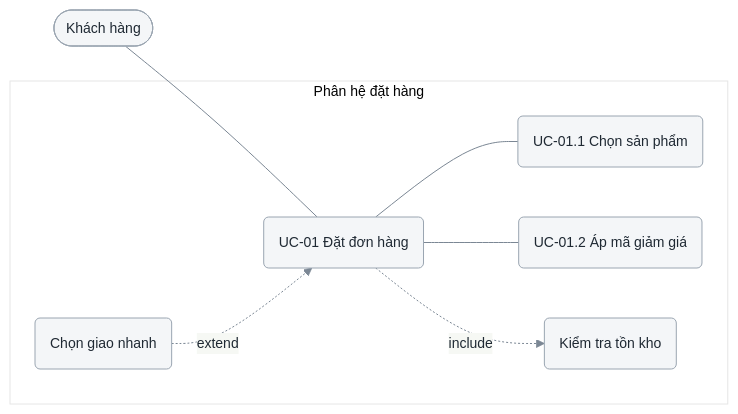
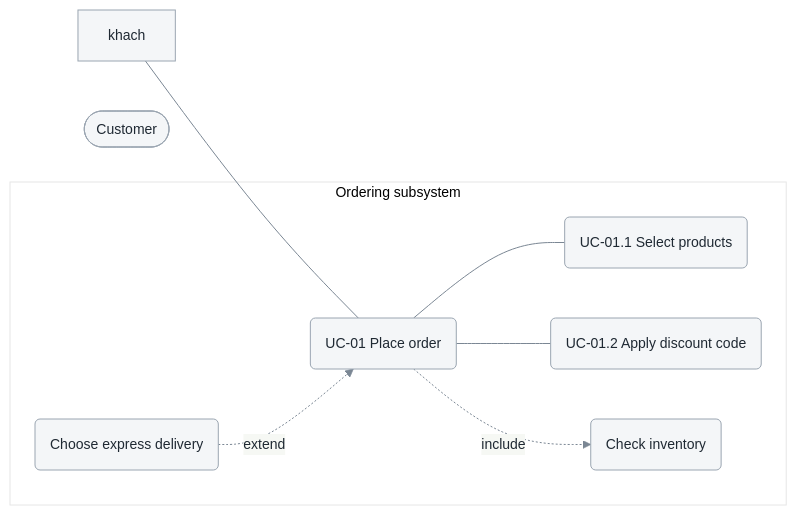
One commit to edwintruong/skills changed the second of 2 diagrams in references/2.2-use-case-diagrams.md. Above: the diagram before and after it, drawn with Mermaid. The commit also changed other lines of this file and 25 other files, not shown here.

````diff
--- a/references/2.2-use-case-diagrams.md
+++ b/references/2.2-use-case-diagrams.md
@@ -79,19 +79,19 @@
 ```mermaid
 %%{init: {'theme':'base','themeVariables':{'primaryColor':'#f4f6f8','primaryTextColor':'#1f2933','primaryBorderColor':'#9aa5b1','lineColor':'#7b8794','fontFamily':'ui-sans-serif, system-ui, sans-serif','fontSize':'14px'}}}%%
 flowchart LR
-    khach([Khách hàng])
+    customer([Customer])
 
-    subgraph sys[Phân hệ đặt hàng]
-        uc1(UC-01 Đặt đơn hàng)
-        uc11(UC-01.1 Chọn sản phẩm)
-        uc12(UC-01.2 Áp mã giảm giá)
-        inc(Kiểm tra tồn kho)
-        ext(Chọn giao nhanh)
+    subgraph sys[Ordering subsystem]
+        uc1(UC-01 Place order)
+        uc11(UC-01.1 Select products)
+        uc12(UC-01.2 Apply discount code)
+        inc(Check inventory)
+        ext(Choose express delivery)
     end
 
     khach --- uc1
     uc1 --- uc11
     uc1 --- uc12
     uc1 -. include .-> inc
     ext -. extend .-> uc1
 ```
````
